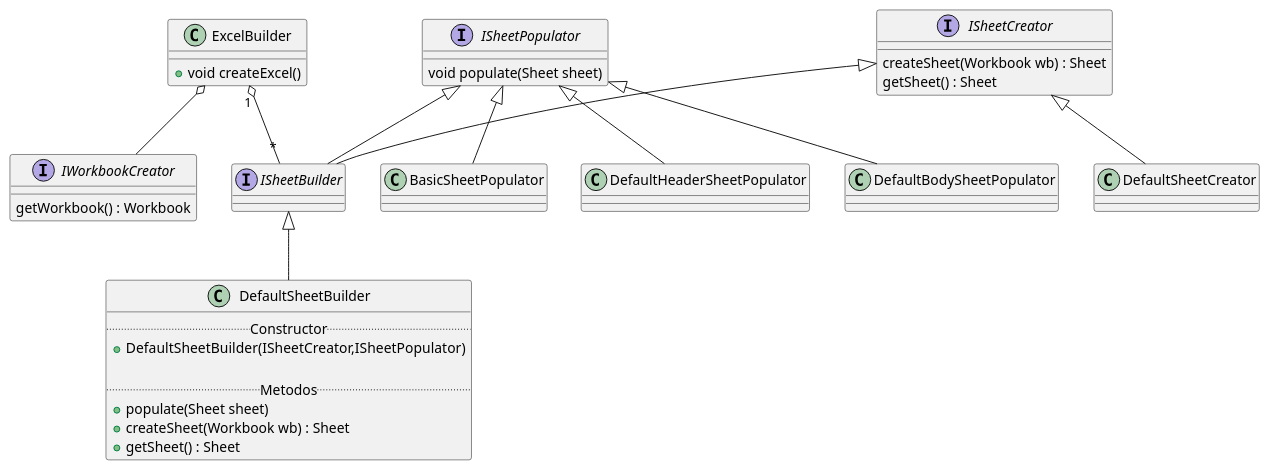
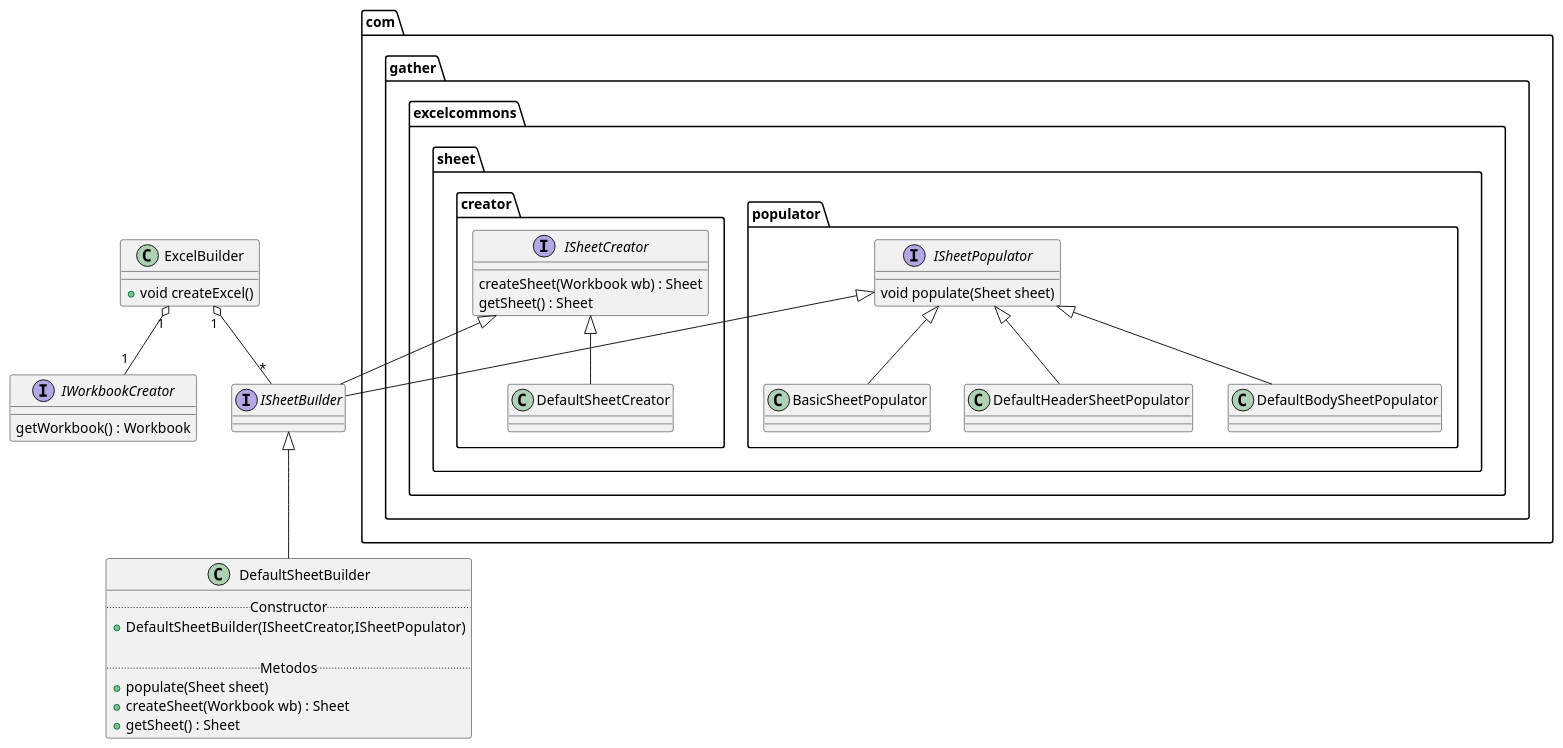
Before and after one commit to rtroyh/excel-commons: the diagram in extras/as-is.puml, drawn with PlantUML.

Commit message:
Revert: Documentación UML

```diff
--- a/extras/as-is.puml
+++ b/extras/as-is.puml
@@ -1,45 +1,51 @@
 @startuml
 
 class ExcelBuilder{
     +{method} void createExcel()
 }
 
 class DefaultSheetBuilder{
     ..Constructor..
     +DefaultSheetBuilder(ISheetCreator,ISheetPopulator)
 
     ..Metodos..
     +{method} populate(Sheet sheet)
     +{method} createSheet(Workbook wb) : Sheet
     +{method} getSheet() : Sheet
 }
 
 interface IWorkbookCreator {
     {method} getWorkbook() : Workbook
 }
 
 interface ISheetBuilder {
 }
 
-interface ISheetPopulator {
-    void populate(Sheet sheet)
+ExcelBuilder "1" o-- "1" IWorkbookCreator
+ExcelBuilder "1" o-- "*" ISheetBuilder
+ISheetBuilder   <|-- DefaultSheetBuilder
+
+package "com.gather.excelcommons.sheet.populator" {
+
+    interface ISheetPopulator {
+        void populate(Sheet sheet)
+    }
+
+    ISheetPopulator <|-- ISheetBuilder
+    ISheetPopulator <|-- BasicSheetPopulator
+    ISheetPopulator <|-- DefaultHeaderSheetPopulator
+    ISheetPopulator <|-- DefaultBodySheetPopulator
 }
 
-interface ISheetCreator {
-    {method} createSheet(Workbook wb) : Sheet
-    {method} getSheet() : Sheet
+package "com.gather.excelcommons.sheet.creator" {
+    interface ISheetCreator {
+        {method} createSheet(Workbook wb) : Sheet
+        {method} getSheet() : Sheet
+    }
+
+    ISheetCreator   <|-- ISheetBuilder
+    ISheetCreator   <|-- DefaultSheetCreator
 }
 
 
-ExcelBuilder o-- IWorkbookCreator
-ExcelBuilder "1" o-- "*" ISheetBuilder
-ISheetPopulator <|-- ISheetBuilder
-ISheetCreator   <|-- ISheetBuilder
-ISheetBuilder   <|-- DefaultSheetBuilder
-ISheetPopulator <|-- BasicSheetPopulator
-ISheetPopulator <|-- DefaultHeaderSheetPopulator
-ISheetPopulator <|-- DefaultBodySheetPopulator
-ISheetCreator   <|-- DefaultSheetCreator
-
-
 @enduml
```
